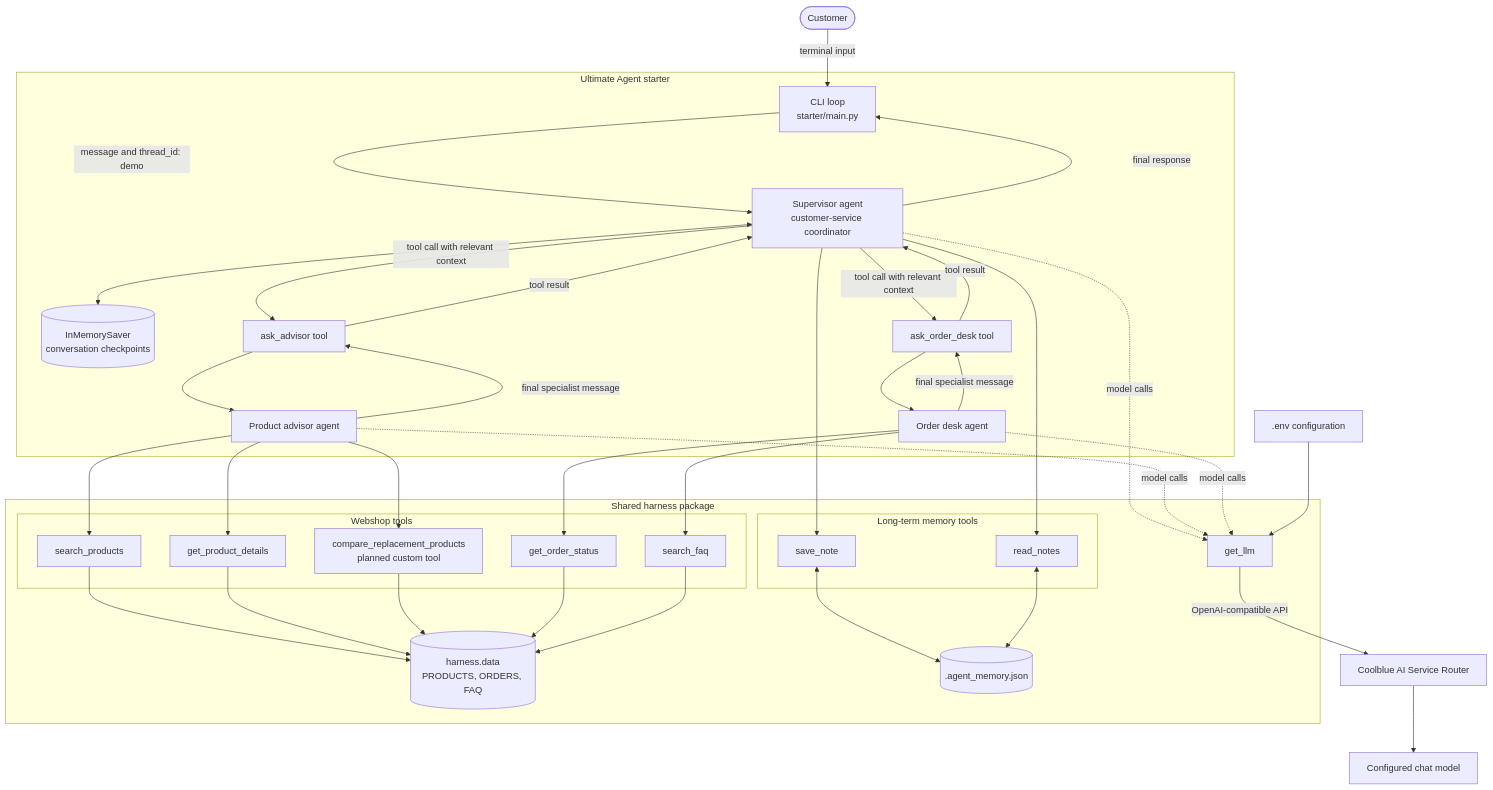
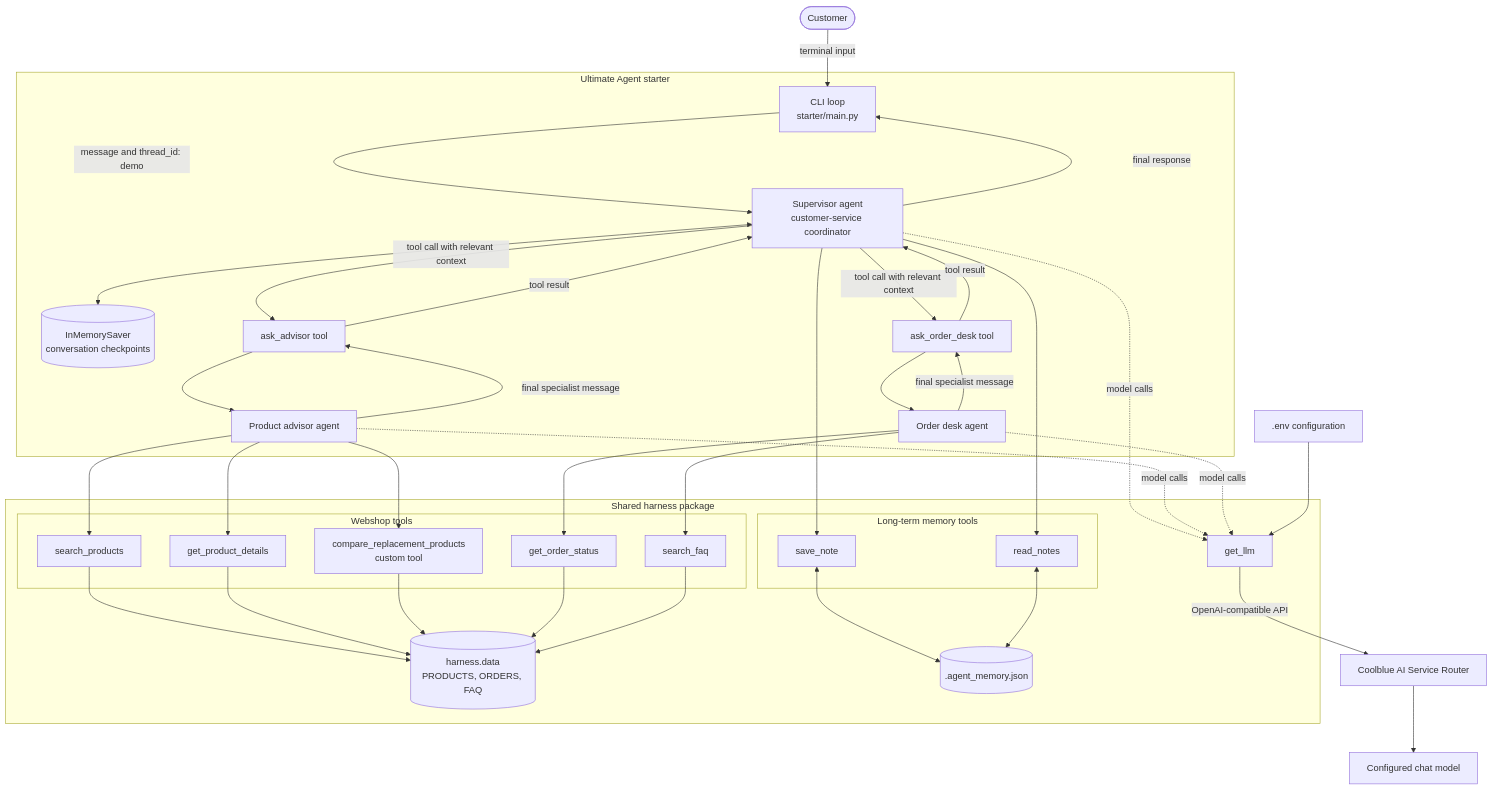
One commit to FrancisBehnen/agents-bootcamp-assessments changed the third of 5 diagrams in day-3/final-assignment-ultimate-agent/starter/architecture.md. Above: the diagram before and after it, drawn with Mermaid. The commit also changed other lines of this file and 4 other files, not shown here.

````diff
--- a/day-3/final-assignment-ultimate-agent/starter/architecture.md
+++ b/day-3/final-assignment-ultimate-agent/starter/architecture.md
@@ -53,62 +53,62 @@
 ```mermaid
 flowchart TB
     Customer([Customer]) -->|terminal input| CLI[CLI loop<br/>starter/main.py]
 
     subgraph Application[Ultimate Agent starter]
         CLI -->|message and thread_id: demo| Supervisor[Supervisor agent<br/>customer-service coordinator]
         Supervisor <--> Checkpointer[(InMemorySaver<br/>conversation checkpoints)]
 
         Supervisor -->|tool call with relevant context| AskAdvisor[ask_advisor tool]
         Supervisor -->|tool call with relevant context| AskOrderDesk[ask_order_desk tool]
         AskAdvisor --> Advisor[Product advisor agent]
         AskOrderDesk --> OrderDesk[Order desk agent]
         Advisor -->|final specialist message| AskAdvisor
         OrderDesk -->|final specialist message| AskOrderDesk
         AskAdvisor -->|tool result| Supervisor
         AskOrderDesk -->|tool result| Supervisor
         Supervisor -->|final response| CLI
     end
 
     subgraph Harness[Shared harness package]
         GetLLM[get_llm]
 
         subgraph WebshopTools[Webshop tools]
             SearchProducts[search_products]
             ProductDetails[get_product_details]
-            CompareProducts[compare_replacement_products<br/>planned custom tool]
+            CompareProducts[compare_replacement_products<br/>custom tool]
             OrderStatus[get_order_status]
             SearchFAQ[search_faq]
         end
 
         subgraph MemoryTools[Long-term memory tools]
             SaveNote[save_note]
             ReadNotes[read_notes]
         end
 
         MockData[(harness.data<br/>PRODUCTS, ORDERS, FAQ)]
         NotesFile[(.agent_memory.json)]
 
         SearchProducts --> MockData
         ProductDetails --> MockData
         CompareProducts --> MockData
         OrderStatus --> MockData
         SearchFAQ --> MockData
         SaveNote <--> NotesFile
         ReadNotes <--> NotesFile
     end
 
     Advisor --> SearchProducts
     Advisor --> ProductDetails
     Advisor --> CompareProducts
     OrderDesk --> OrderStatus
     OrderDesk --> SearchFAQ
     Supervisor --> SaveNote
     Supervisor --> ReadNotes
 
     Supervisor -. model calls .-> GetLLM
     Advisor -. model calls .-> GetLLM
     OrderDesk -. model calls .-> GetLLM
     GetLLM -->|OpenAI-compatible API| Router[Coolblue AI Service Router]
     Router --> Model[Configured chat model]
     Environment[.env configuration] --> GetLLM
 ```
````
